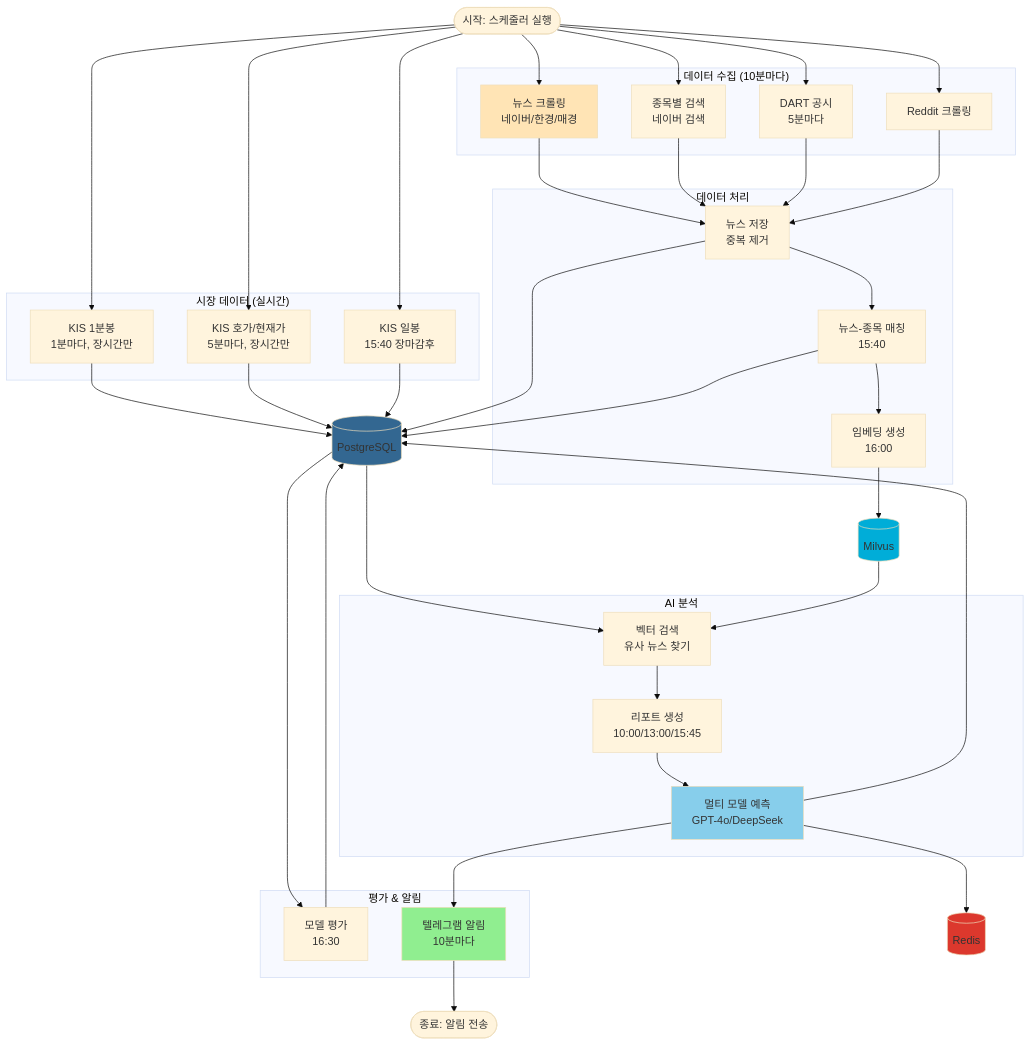
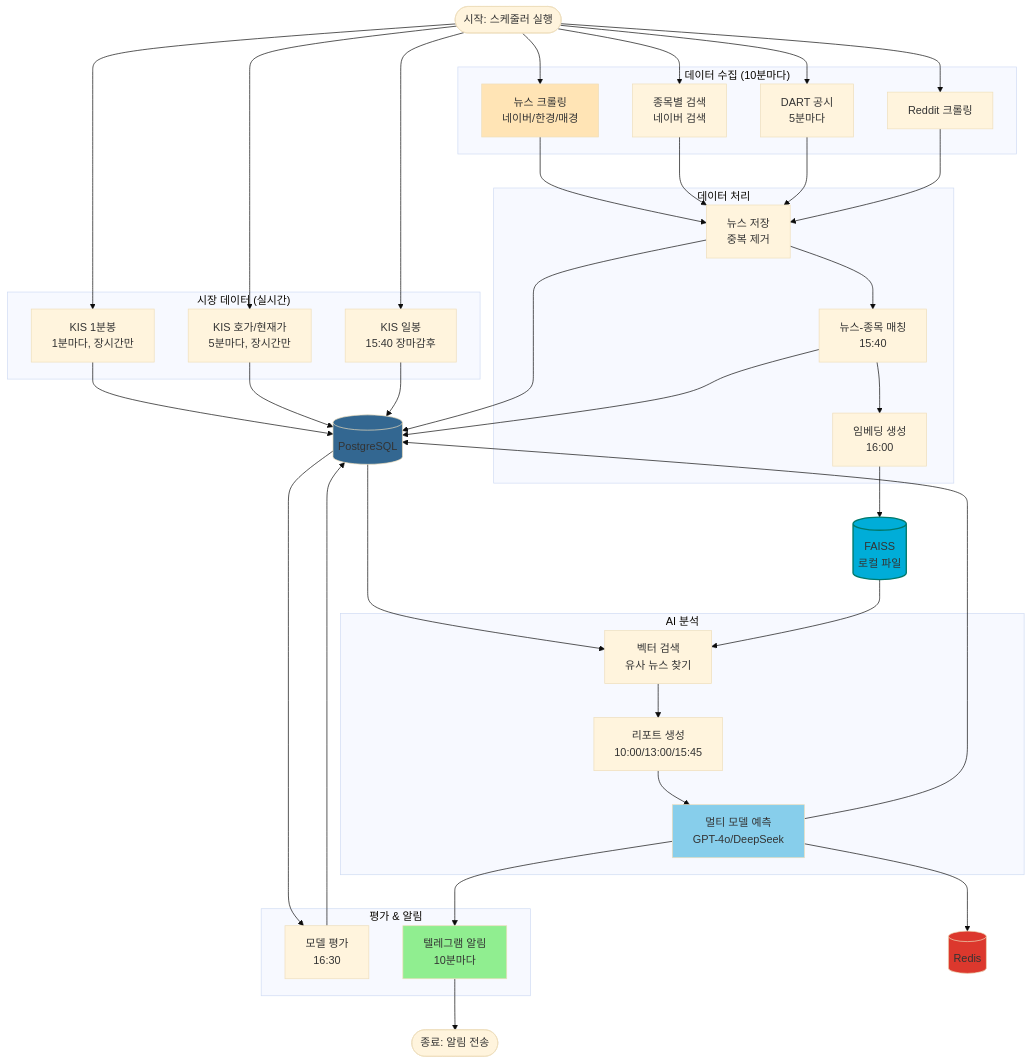
Before and after one commit to atototo/azak-ting: the second of 2 diagrams in docs/architecture/backend/data-architecture.md, drawn with Mermaid (base theme). The commit also changed other lines of this file and 7 other files, not shown here.

````diff
--- a/docs/architecture/backend/data-architecture.md
+++ b/docs/architecture/backend/data-architecture.md
@@ -193,70 +196,73 @@
 ```mermaid
 flowchart TD
     Start([시작: 스케줄러 실행])
 
     subgraph "데이터 수집 (10분마다)"
         A1[뉴스 크롤링<br/>네이버/한경/매경]
         A2[종목별 검색<br/>네이버 검색]
         A3[DART 공시<br/>5분마다]
         A4[Reddit 크롤링]
     end
 
     subgraph "시장 데이터 (실시간)"
         B1[KIS 1분봉<br/>1분마다, 장시간만]
         B2[KIS 호가/현재가<br/>5분마다, 장시간만]
         B3[KIS 일봉<br/>15:40 장마감후]
     end
 
     subgraph "데이터 처리"
         C1[뉴스 저장<br/>중복 제거]
         C2[뉴스-종목 매칭<br/>15:40]
         C3[임베딩 생성<br/>16:00]
     end
 
     subgraph "AI 분석"
         D1[벡터 검색<br/>유사 뉴스 찾기]
         D2[리포트 생성<br/>10:00/13:00/15:45]
         D3[멀티 모델 예측<br/>GPT-4o/DeepSeek]
     end
 
     subgraph "평가 & 알림"
         E1[모델 평가<br/>16:30]
         E2[텔레그램 알림<br/>10분마다]
     end
 
     DB[(PostgreSQL)]
-    VectorDB[(Milvus)]
+    VectorDB[(FAISS<br/>로컬 파일)]
     Cache[(Redis)]
 
     Start --> A1 & A2 & A3 & A4
     Start --> B1 & B2 & B3
 
     A1 & A2 & A3 & A4 --> C1
     B1 & B2 & B3 --> DB
 
     C1 --> DB
     C1 --> C2
     C2 --> DB
     C2 --> C3
     C3 --> VectorDB
 
     DB --> D1
     VectorDB --> D1
     D1 --> D2
     D2 --> D3
     D3 --> Cache
     D3 --> DB
 
     DB --> E1
     E1 --> DB
     D3 --> E2
 
     E2 --> End([종료: 알림 전송])
 
     style A1 fill:#FFE4B5
     style D3 fill:#87CEEB
     style E2 fill:#90EE90
     style DB fill:#336791
     style VectorDB fill:#00ADD8
     style Cache fill:#DC382D
+
+    classDef localFile fill:#E0F7FA,stroke:#00796B,stroke-width:2px
+    class VectorDB localFile
 ```
````
